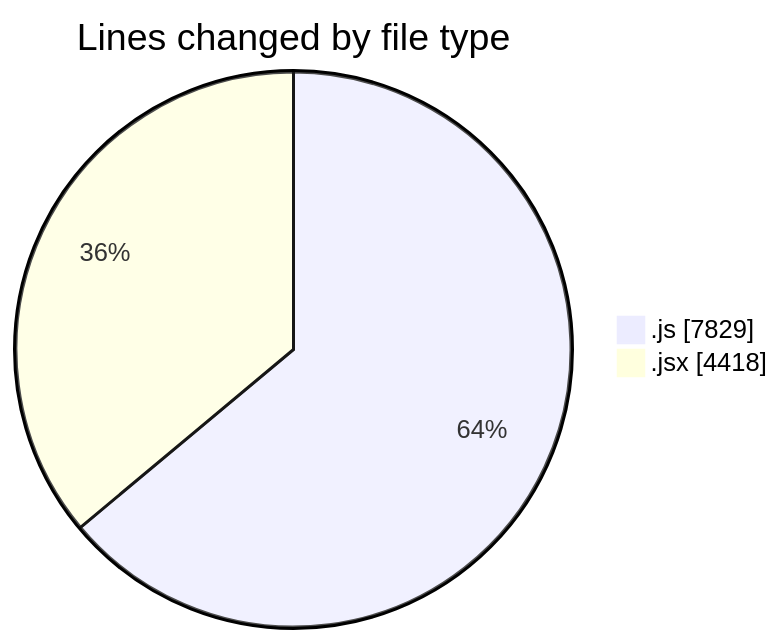
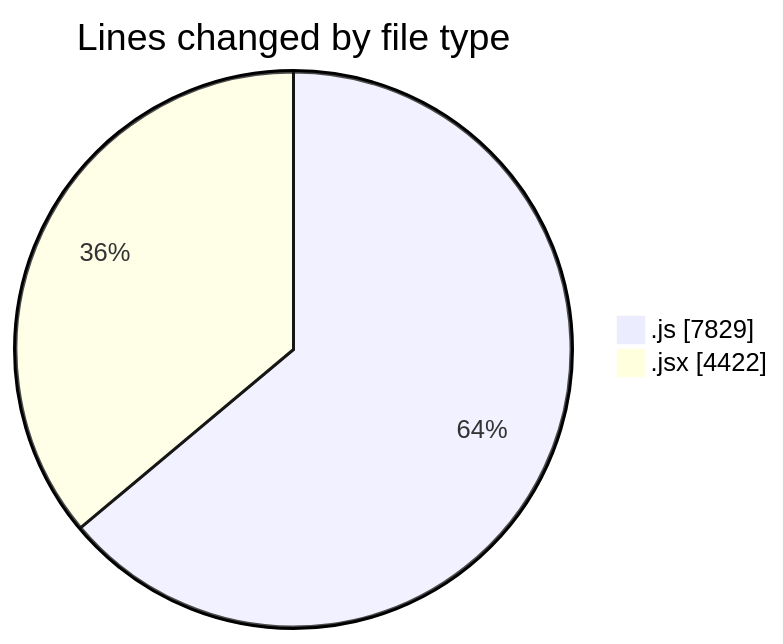
One commit to nxtqubesakshisongat/code-tracking changed the first of 2 diagrams in 2025-12-10/nxtqube_webapp/README.md. Above: the diagram before and after it, drawn with Mermaid. The commit also changed other lines of this file and 1 other file, not shown here.

````diff
--- a/2025-12-10/nxtqube_webapp/README.md
+++ b/2025-12-10/nxtqube_webapp/README.md
@@ -23,6 +23,6 @@
 ```mermaid
 pie showData
 title Lines changed by file type
 ".js" : 7829
-".jsx" : 4418
+".jsx" : 4422
 ```
````
